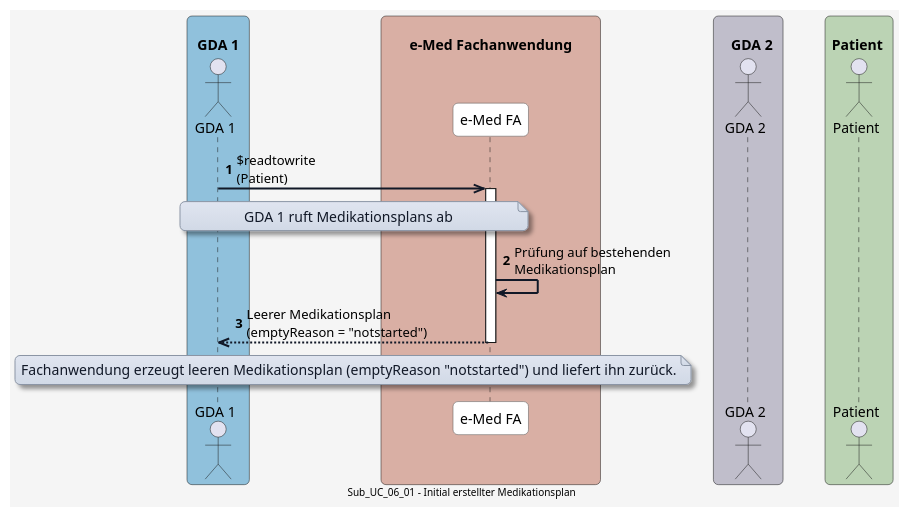
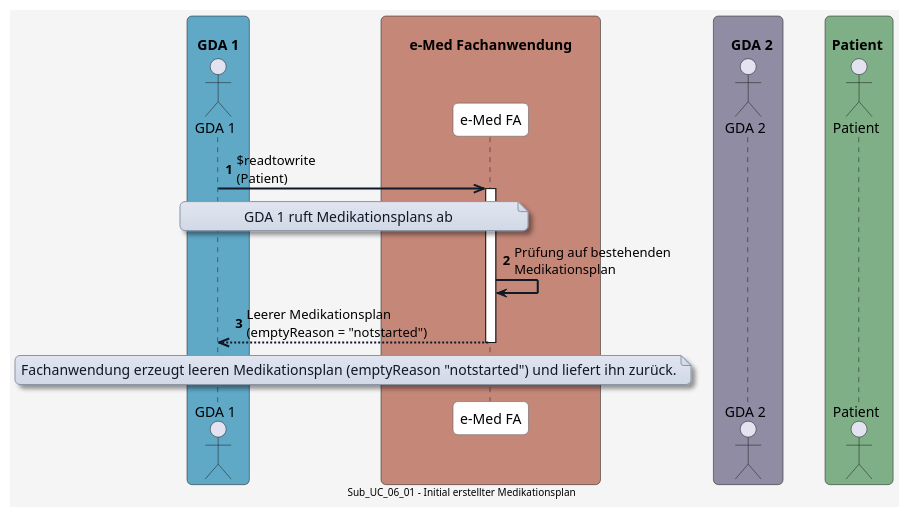
Before and after one commit to HL7Austria/ELGA-e-Medikation-R4: the diagram in input/images-source/UC_06_01.plantuml, drawn with PlantUML. The commit also changed 6 other files, not shown here.

Commit message:
Adapt diagram

```diff
--- a/input/images-source/UC_06_01.plantuml
+++ b/input/images-source/UC_06_01.plantuml
@@ -1,79 +1,79 @@
 @startuml
 skinparam borderColor #000000
 skinparam backgroundColor #f5f5f5
 skinparam shadowing false
 skinparam roundCorner 10
 skinparam defaultFontName "Arial"
 skinparam defaultFontSize 14
 skinparam defaultFontColor #000000
 
 skinparam note {
   BackgroundColor #e0e5f0-#d1d9e6
   BorderColor #8b95a5
   BorderThickness 1
   RoundCorner 8
   Padding 6
   FontColor #111827
   Shadowing true
 }
 
 skinparam HyperlinkColor #0000EE
 skinparam HyperlinkUnderline false
 
 skinparam sequence {
   ParticipantBorderColor #555555
   ParticipantBackgroundColor #ffffff
   ParticipantFontColor #000000
   ParticipantFontSize 14
   ParticipantPadding 20
   ArrowColor #111827
   ArrowThickness 2
   ArrowFontColor #000000
   ArrowFontSize 13
   GroupBorderColor #111827
   GroupBackgroundColor #f3f4f6
   GroupBorderThickness 1
 }
 
 skinparam BoxPadding 20
 skinparam BoxBorderColor #555555
 
-box "\n  GDA 1  " #90C1DC
+box "\n  GDA 1  " #5FA8C6
   actor GDA_1 as "GDA 1"
 end box
 
-box "\n       e-Med Fachanwendung       " #D9AFA4
+box "\n       e-Med Fachanwendung       " #C48778
   participant eMed_FA as "e-Med FA"
 end box
 
-box "\n    GDA 2  " #C0BECB
+box "\n    GDA 2  " #8F8CA3
   actor GDA_2 as "GDA 2"
 end box
 
-box "\n Patient  " #BBD3B4
+box "\n Patient  " #7FAF87
   actor Patient as "Patient"
 end box
 
 autonumber
 
 
 GDA_1 ->> eMed_FA: $readtowrite\n(Patient)
 
 note over GDA_1, eMed_FA
 GDA 1 ruft Medikationsplans ab
 end note
 
 activate eMed_FA
 eMed_FA -> eMed_FA: Prüfung auf bestehenden\nMedikationsplan
 
 eMed_FA -->> GDA_1: Leerer Medikationsplan\n(emptyReason = "notstarted")
 
 deactivate eMed_FA
 
 note over GDA_1, eMed_FA
 Fachanwendung erzeugt leeren Medikationsplan (emptyReason "notstarted") und liefert ihn zurück.
 end note
 
 center footer Sub_UC_06_01 - Initial erstellter Medikationsplan
 
 @enduml
```
